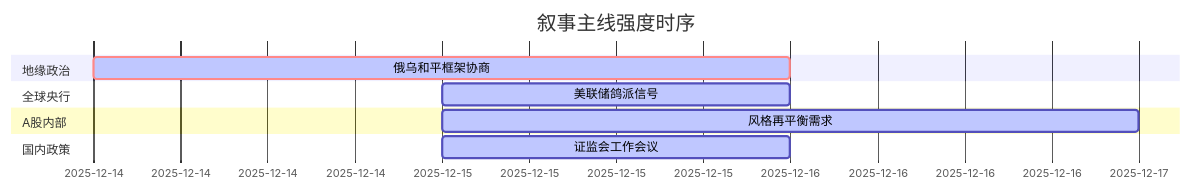
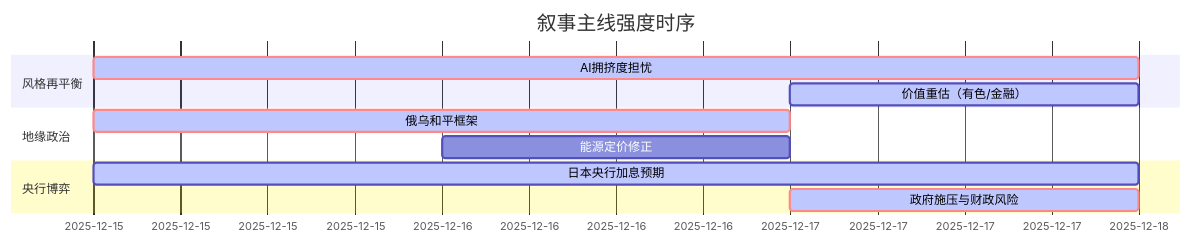
One commit to uu5zn/uu5zn.github.io changed the diagram in README.md. Above: the diagram before and after it, drawn with Mermaid. The commit also changed other lines of this file and 18 other files, not shown here.

````diff
--- a/README.md
+++ b/README.md
@@ -69,16 +52,16 @@
 ```mermaid
 gantt
     title 叙事主线强度时序
     dateFormat  YYYY-MM-DD
+    section 风格再平衡
+    AI拥挤度担忧   :crit, active, 2025-12-15, 3d
+    价值重估（有色/金融）   :active, 2025-12-17, 1d
+    
     section 地缘政治
-    俄乌和平框架协商   :crit, active, 2025-12-14, 2d
+    俄乌和平框架   :crit, active, 2025-12-15, 2d
+    能源定价修正   :2025-12-16, 1d
     
-    section 全球央行
-    美联储鸽派信号     :active, 2025-12-15, 1d
-    
-    section A股内部
-    风格再平衡需求     :active, 2025-12-15, 2d
-    
-    section 国内政策
-    证监会工作会议     :active, 2025-12-15, 1d
+    section 央行博弈
+    日本央行加息预期   :active, 2025-12-15, 3d
+    政府施压与财政风险   :crit, active, 2025-12-17, 1d
 ```
````
